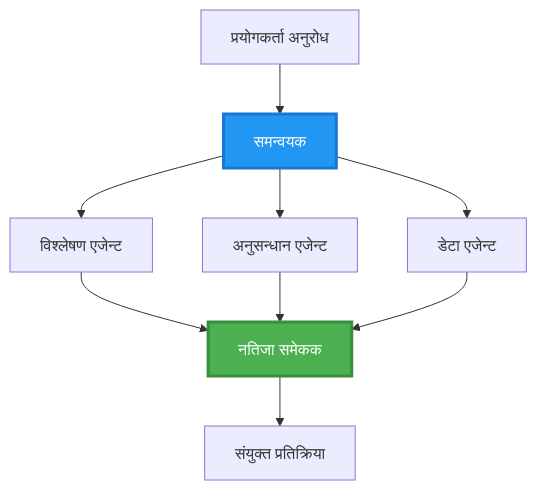
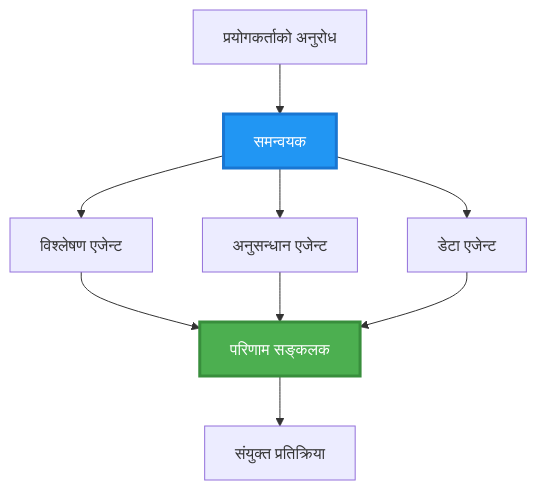
Before and after one commit to microsoft/AZD-for-beginners: the second of 6 diagrams in translations/ne/docs/chapter-06-pre-deployment/coordination-patterns.md, drawn with Mermaid. The commit also changed other lines of this file and 101 other files, not shown here.

````diff
--- a/translations/ne/docs/chapter-06-pre-deployment/coordination-patterns.md
+++ b/translations/ne/docs/chapter-06-pre-deployment/coordination-patterns.md
@@ -106,22 +100,22 @@
 ```mermaid
 graph TB
-    User[प्रयोगकर्ता अनुरोध]
+    User[प्रयोगकर्ताको अनुरोध]
     Orchestrator[समन्वयक]
     Agent1[विश्लेषण एजेन्ट]
     Agent2[अनुसन्धान एजेन्ट]
     Agent3[डेटा एजेन्ट]
-    Aggregator[नतिजा समेकक]
+    Aggregator[परिणाम सङ्कलक]
     Response[संयुक्त प्रतिक्रिया]
     
     User --> Orchestrator
     Orchestrator --> Agent1
     Orchestrator --> Agent2
     Orchestrator --> Agent3
     Agent1 --> Aggregator
     Agent2 --> Aggregator
     Agent3 --> Aggregator
     Aggregator --> Response
     
     style Orchestrator fill:#2196F3,stroke:#1976D2,stroke-width:3px,color:#fff
     style Aggregator fill:#4CAF50,stroke:#388E3C,stroke-width:3px,color:#fff
 ```
````
